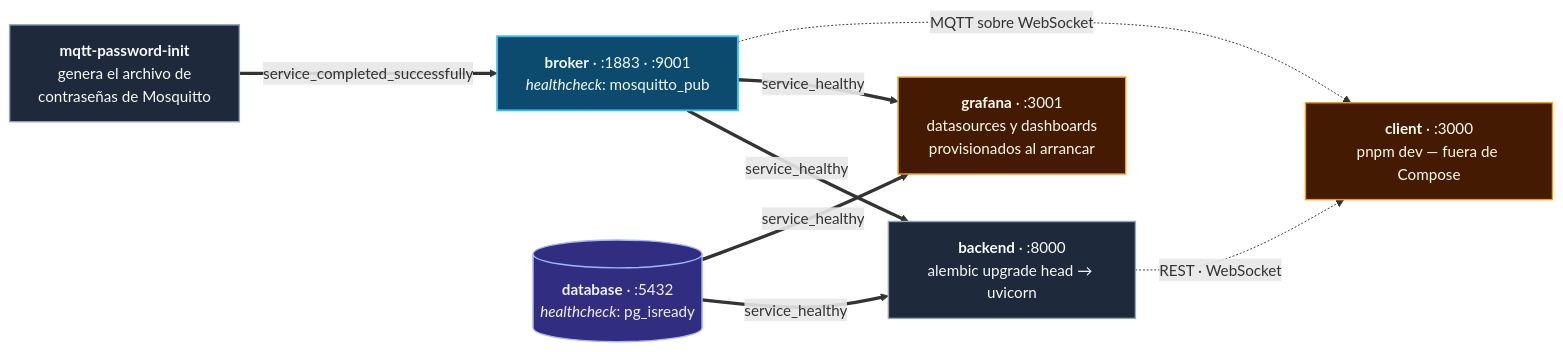
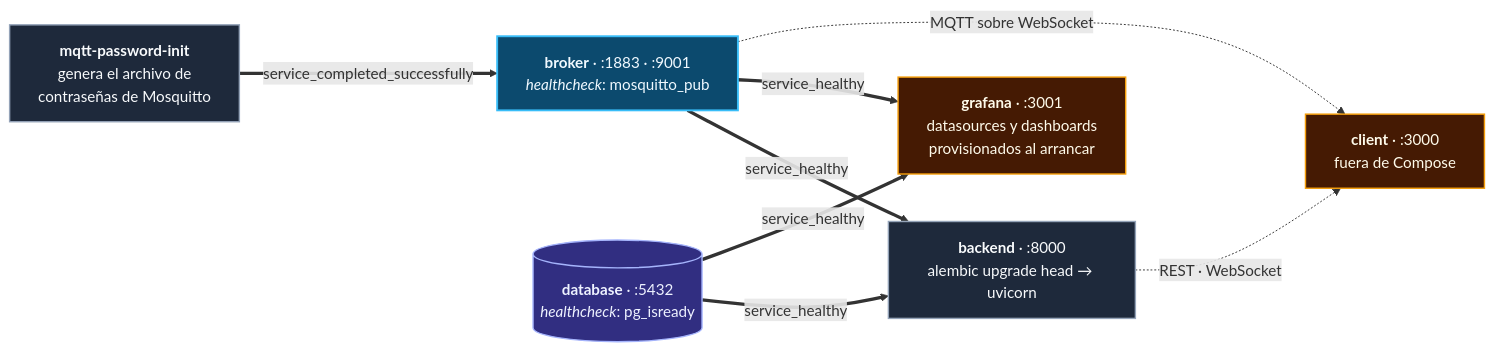
Before and after one commit to ricardious/AYC2_G3: the fifth of 7 diagrams in Proyecto_1_SmartEgg/README.md, drawn with Mermaid. The commit also changed other lines of this file and 1 other file, not shown here.

````diff
--- a/Proyecto_1_SmartEgg/README.md
+++ b/Proyecto_1_SmartEgg/README.md
@@ -250,27 +267,27 @@
 ```mermaid
 flowchart LR
     INIT["<b>mqtt-password-init</b><br/>genera el archivo de<br/>contraseñas de Mosquitto"]
     BROKER["<b>broker</b> · :1883 · :9001<br/><i>healthcheck</i>: mosquitto_pub"]
     DBS[("<b>database</b> · :5432<br/><i>healthcheck</i>: pg_isready")]
     BACK["<b>backend</b> · :8000<br/>alembic upgrade head → uvicorn"]
     GRAF["<b>grafana</b> · :3001<br/>datasources y dashboards<br/>provisionados al arrancar"]
-    FRONT["<b>client</b> · :3000<br/>pnpm dev — fuera de Compose"]
+    FRONT["<b>client</b> · :3000<br/>fuera de Compose"]
 
     INIT ==>|"service_completed_successfully"| BROKER
     BROKER ==>|"service_healthy"| BACK
     DBS ==>|"service_healthy"| BACK
     BROKER ==>|"service_healthy"| GRAF
     DBS ==>|"service_healthy"| GRAF
     BACK -.->|"REST · WebSocket"| FRONT
     BROKER -.->|"MQTT sobre WebSocket"| FRONT
 
     classDef paso fill:#1e293b,stroke:#94a3b8,color:#f8fafc,stroke-width:1.5px
     classDef almacen fill:#312e81,stroke:#a5b4fc,color:#eef2ff,stroke-width:1.5px
     classDef broker fill:#0c4a6e,stroke:#38bdf8,color:#f0f9ff,stroke-width:2px
     classDef vista fill:#451a03,stroke:#f59e0b,color:#fffbeb,stroke-width:1.5px
 
     class INIT,BACK paso
     class DBS almacen
     class BROKER broker
     class GRAF,FRONT vista
 ```
````
